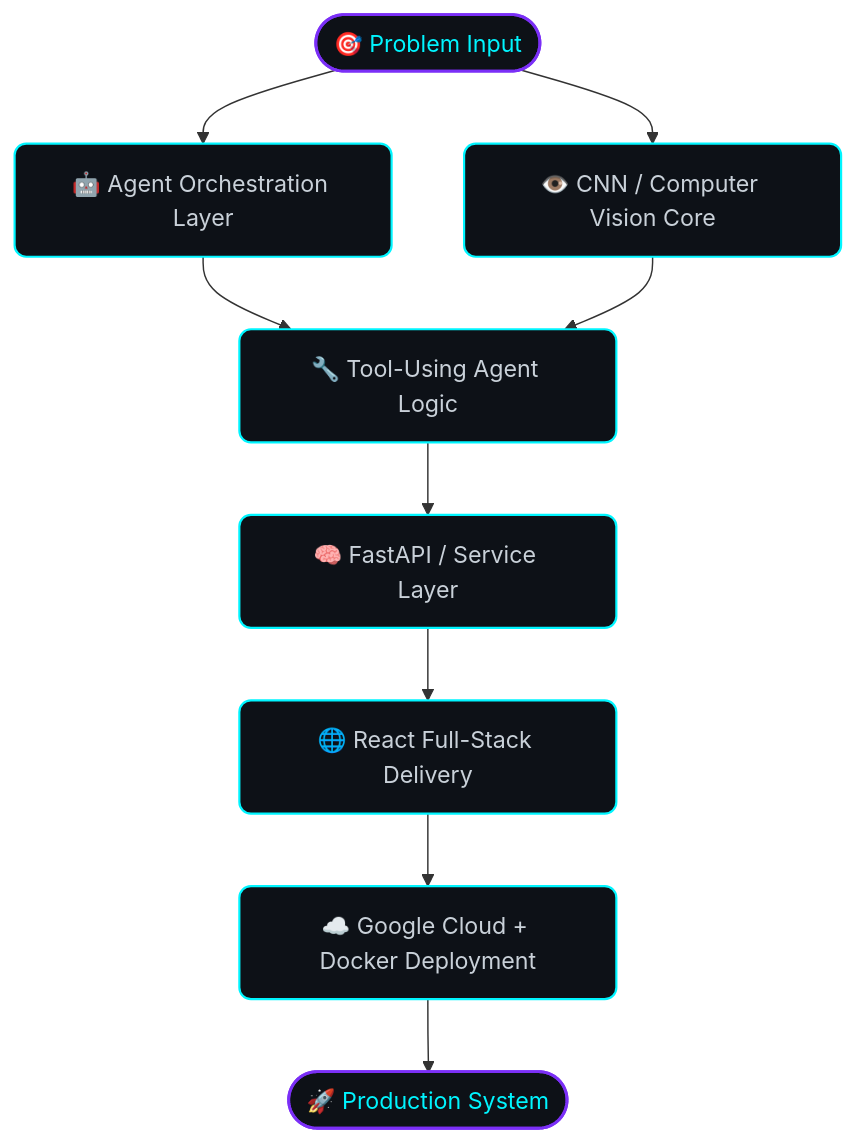
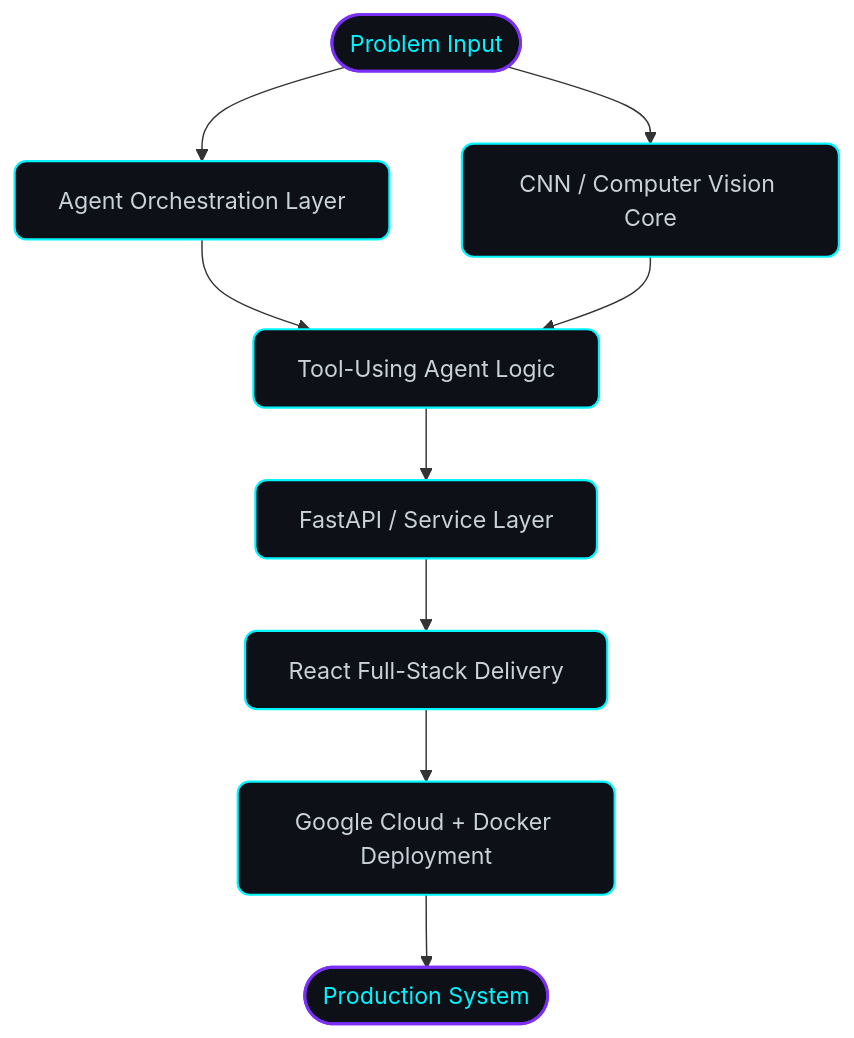
The diagram in README.md (DarkKnight27x/DarkKnight27x), drawn with Mermaid before and after one commit. The commit also changed other lines of this file, not shown here.

````diff
--- a/README.md
+++ b/README.md
@@ -60,18 +59,18 @@
 ```mermaid
 flowchart TD
-    IN(["🎯 Problem Input"]) --> AGENT["🤖 Agent Orchestration Layer"]
-    IN --> CNN["👁️ CNN / Computer Vision Core"]
+    IN([" Problem Input"]) --> AGENT["Agent Orchestration Layer"]
+    IN --> CNN[" CNN / Computer Vision Core"]
 
-    AGENT --> TOOLS["🔧 Tool-Using Agent Logic"]
+    AGENT --> TOOLS[" Tool-Using Agent Logic"]
     CNN --> TOOLS
 
-    TOOLS --> API["🧠 FastAPI / Service Layer"]
-    API --> WEB["🌐 React Full-Stack Delivery"]
-    WEB --> CLOUD["☁️ Google Cloud + Docker Deployment"]
-    CLOUD --> OUT(["🚀 Production System"])
+    TOOLS --> API[" FastAPI / Service Layer"]
+    API --> WEB[" React Full-Stack Delivery"]
+    WEB --> CLOUD[" Google Cloud + Docker Deployment"]
+    CLOUD --> OUT([" Production System"])
 
     classDef node fill:#0D1117,stroke:#00F5FF,stroke-width:1.5px,color:#c9d1d9,rx:8,ry:8;
     classDef accent fill:#0D1117,stroke:#7B2FF7,stroke-width:2px,color:#00F5FF,rx:8,ry:8;
     class IN,OUT accent;
     class AGENT,CNN,TOOLS,API,WEB,CLOUD node;
 ```
````
